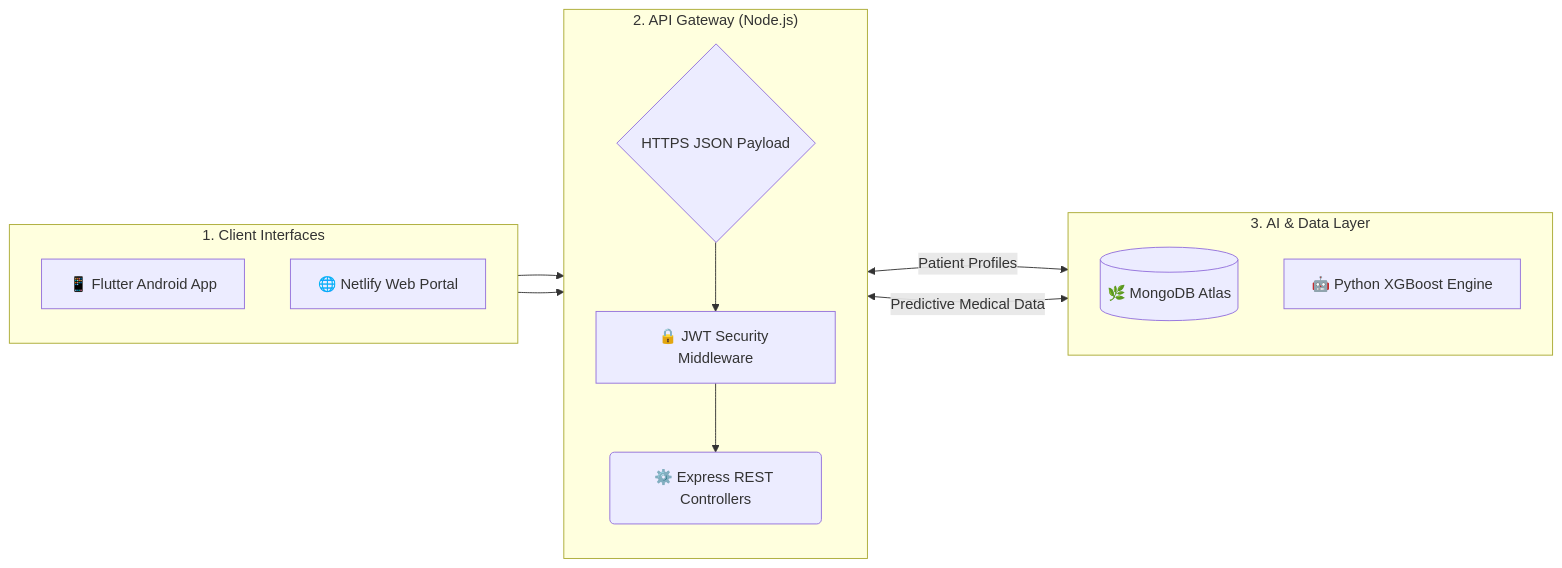
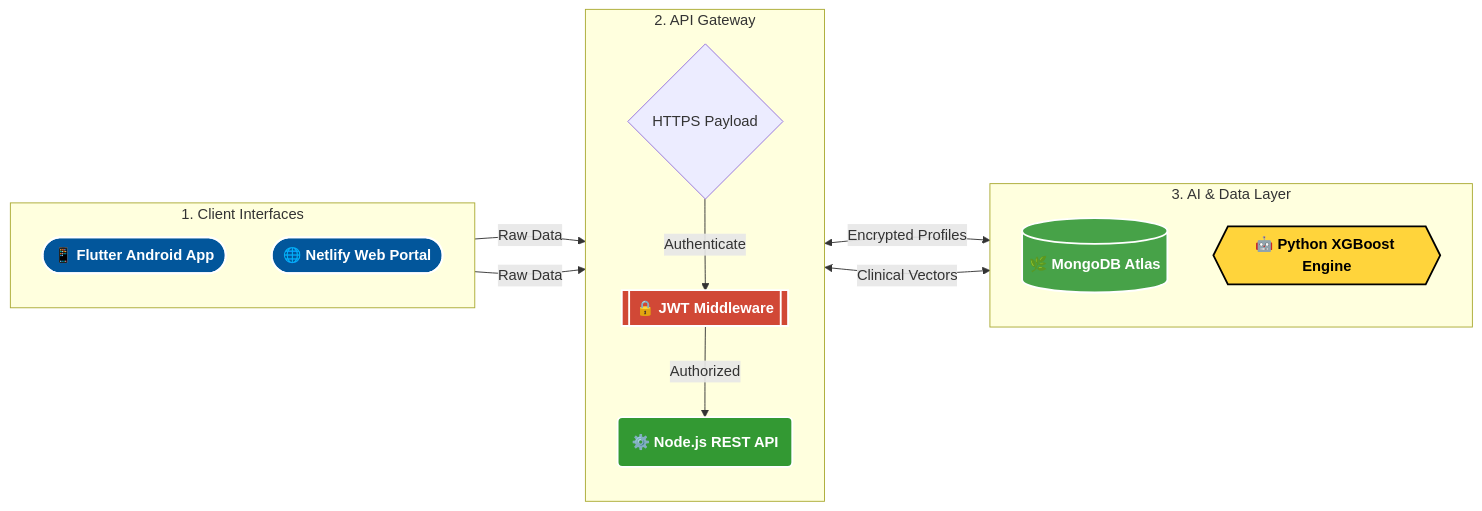
Before and after one commit to sathishr-ai/HeartSafe-FullStack: the diagram in README.md, drawn with Mermaid.

Commit message:
Elevate LR architecture map with explicit color shapes

````diff
--- a/README.md
+++ b/README.md
@@ -78,31 +78,38 @@
 ```mermaid
 graph LR
-    %% Core Interfaces
+    %% Core Styling Classes
+    classDef frontend fill:#02569B,stroke:#fff,stroke-width:2px,color:#fff,font-weight:bold;
+    classDef backend fill:#339933,stroke:#fff,stroke-width:2px,color:#fff,font-weight:bold;
+    classDef database fill:#47A248,stroke:#fff,stroke-width:2px,color:#fff,font-weight:bold;
+    classDef ai fill:#FFD43B,stroke:#000,stroke-width:2px,color:#000,font-weight:bold;
+    classDef security fill:#D14836,stroke:#fff,stroke-width:2px,color:#fff,font-weight:bold;
+    
+    %% Tier 1: Interfaces
     subgraph "1. Client Interfaces"
         direction TB
-        A[📱 Flutter Android App]
-        B[🌐 Netlify Web Portal]
+        A([📱 Flutter Android App]):::frontend
+        B([🌐 Netlify Web Portal]):::frontend
     end
 
-    %% Network & Security
-    subgraph "2. API Gateway (Node.js)"
+    %% Tier 2: API
+    subgraph "2. API Gateway"
         direction TB
-        C{HTTPS JSON Payload}
-        D[🔒 JWT Security Middleware]
-        E(⚙️ Express REST Controllers)
+        C{HTTPS Payload}
+        D[[🔒 JWT Middleware]]:::security
+        E(⚙️ Node.js REST API):::backend
     end
 
-    %% Core computation
+    %% Tier 3: Compute
     subgraph "3. AI & Data Layer"
         direction TB
-        F[(🌿 MongoDB Atlas)]
-        G[🤖 Python XGBoost Engine]
+        F[(🌿 MongoDB Atlas)]:::database
+        G{{🤖 Python XGBoost Engine}}:::ai
     end
 
-    %% Flow Dynamics
-    A & B --> C
-    C --> D
-    D --> E
-    E <-->|Patient Profiles| F
-    E <-->|Predictive Medical Data| G
+    %% Directional Flow
+    A & B -->|Raw Data| C
+    C -->|Authenticate| D
+    D -->|Authorized| E
+    E <-->|Encrypted Profiles| F
+    E <-->|Clinical Vectors| G
 ```
````
